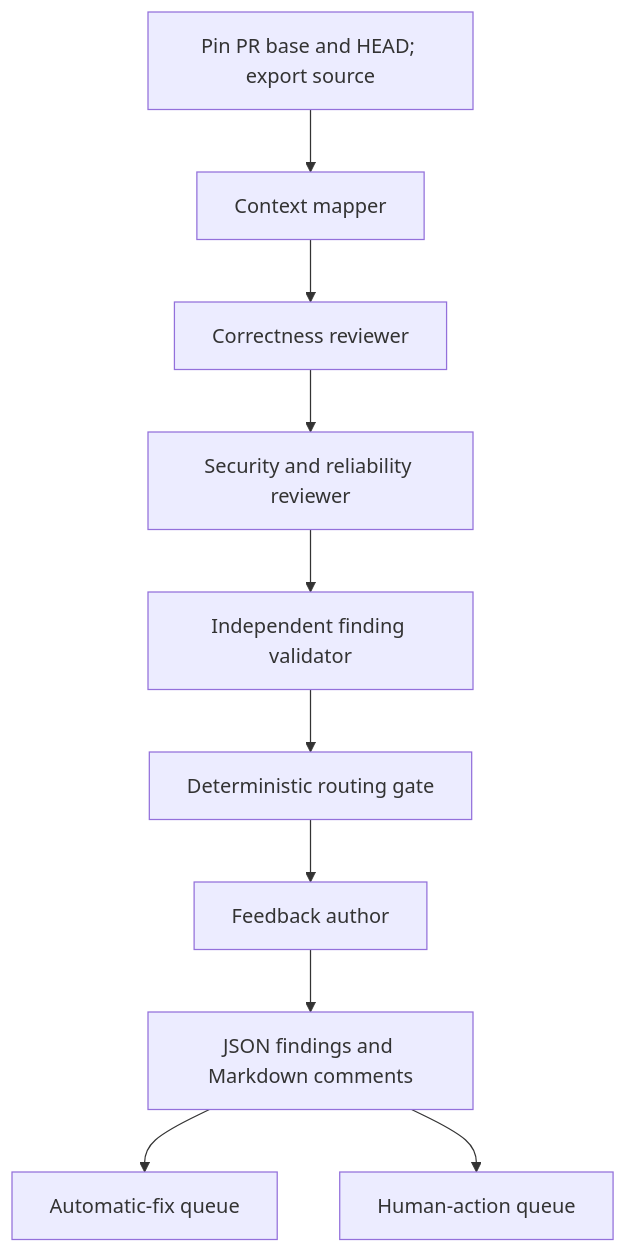
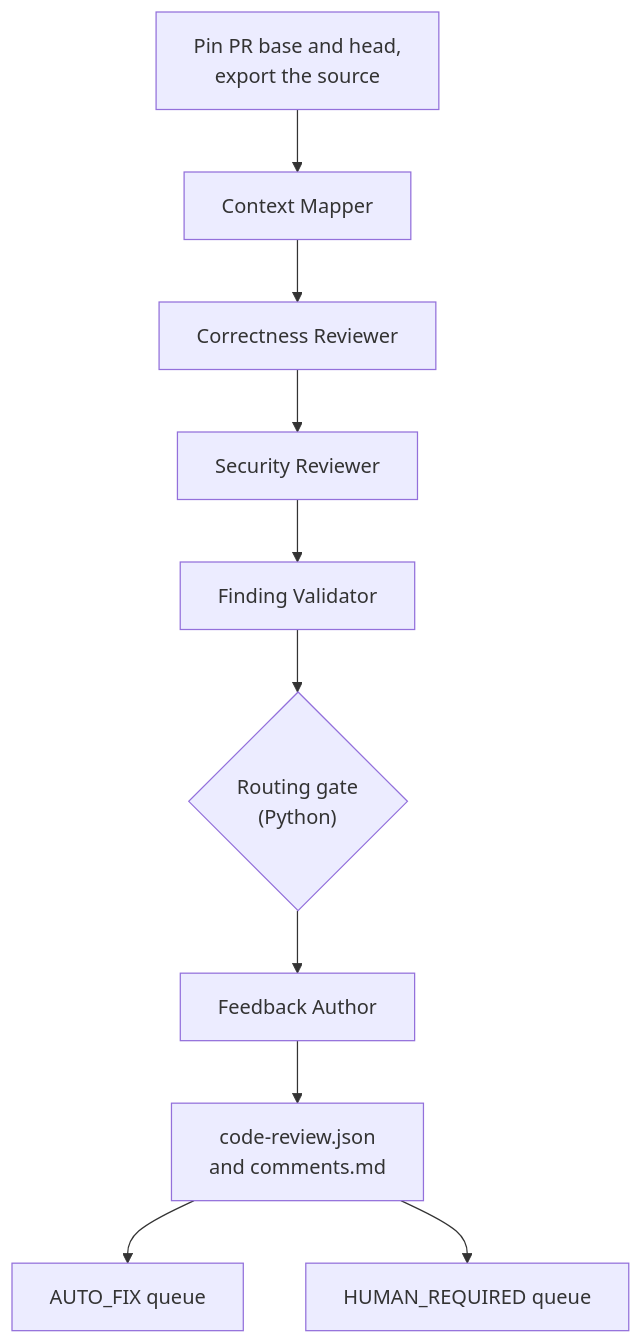
Before and after one commit to somr/awscao_agenticwflw: the first of 5 diagrams in agentic-sdlc-docs/workflows/source-review.md, drawn with Mermaid. The commit also changed other lines of this file and 30 other files, not shown here.

````diff
--- a/agentic-sdlc-docs/workflows/source-review.md
+++ b/agentic-sdlc-docs/workflows/source-review.md
@@ -17,12 +25,12 @@
 ```mermaid
 flowchart TD
-    A[Pin PR base and HEAD; export source] --> B[Context mapper]
-    B --> C[Correctness reviewer]
-    C --> D[Security and reliability reviewer]
-    D --> E[Independent finding validator]
-    E --> F[Deterministic routing gate]
-    F --> G[Feedback author]
-    G --> H[JSON findings and Markdown comments]
-    H --> I[Automatic-fix queue]
-    H --> J[Human-action queue]
+    A["Pin PR base and head,<br/>export the source"] --> B[Context Mapper]
+    B --> C[Correctness Reviewer]
+    C --> D[Security Reviewer]
+    D --> E[Finding Validator]
+    E --> F{"Routing gate<br/>(Python)"}
+    F --> G[Feedback Author]
+    G --> H["code-review.json<br/>and comments.md"]
+    H --> I["AUTO_FIX queue"]
+    H --> J["HUMAN_REQUIRED queue"]
 ```
````
